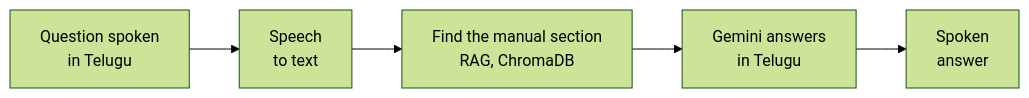
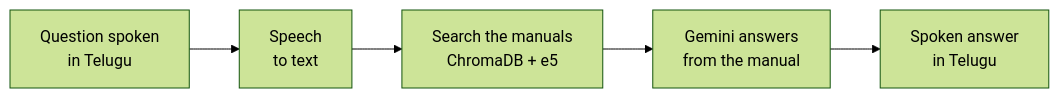
One commit to SEVT-Logistics-Private-Limited/My-AI-Engineering-Journey changed the first of 2 diagrams in README.md. Above: the diagram before and after it, drawn with Mermaid (forest theme). The commit also changed other lines of this file and 2 other files, not shown here.

````diff
--- a/README.md
+++ b/README.md
@@ -165,4 +32,4 @@
 ```mermaid
 flowchart LR
-    A["Question spoken<br/>in Telugu"] --> B["Speech<br/>to text"] --> C["Find the manual section<br/>RAG, ChromaDB"] --> D["Gemini answers<br/>in Telugu"] --> E["Spoken<br/>answer"]
+    A["Question spoken<br/>in Telugu"] --> B["Speech<br/>to text"] --> C["Search the manuals<br/>ChromaDB + e5"] --> D["Gemini answers<br/>from the manual"] --> E["Spoken answer<br/>in Telugu"]
 ```
````
